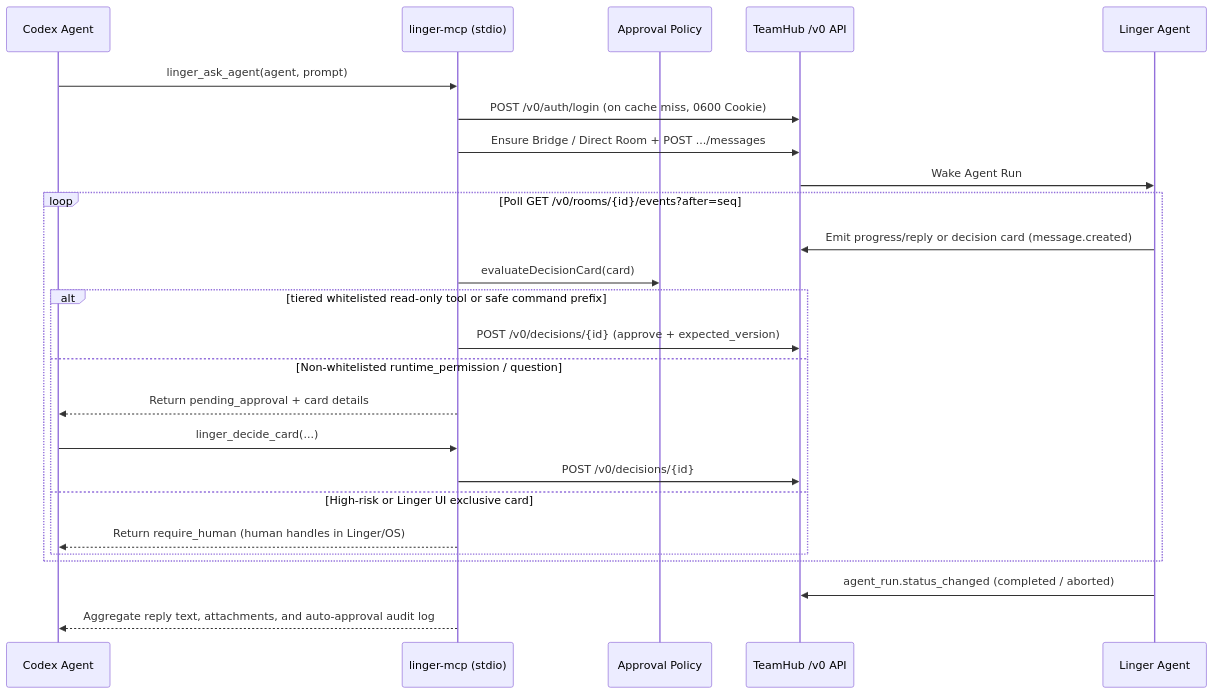
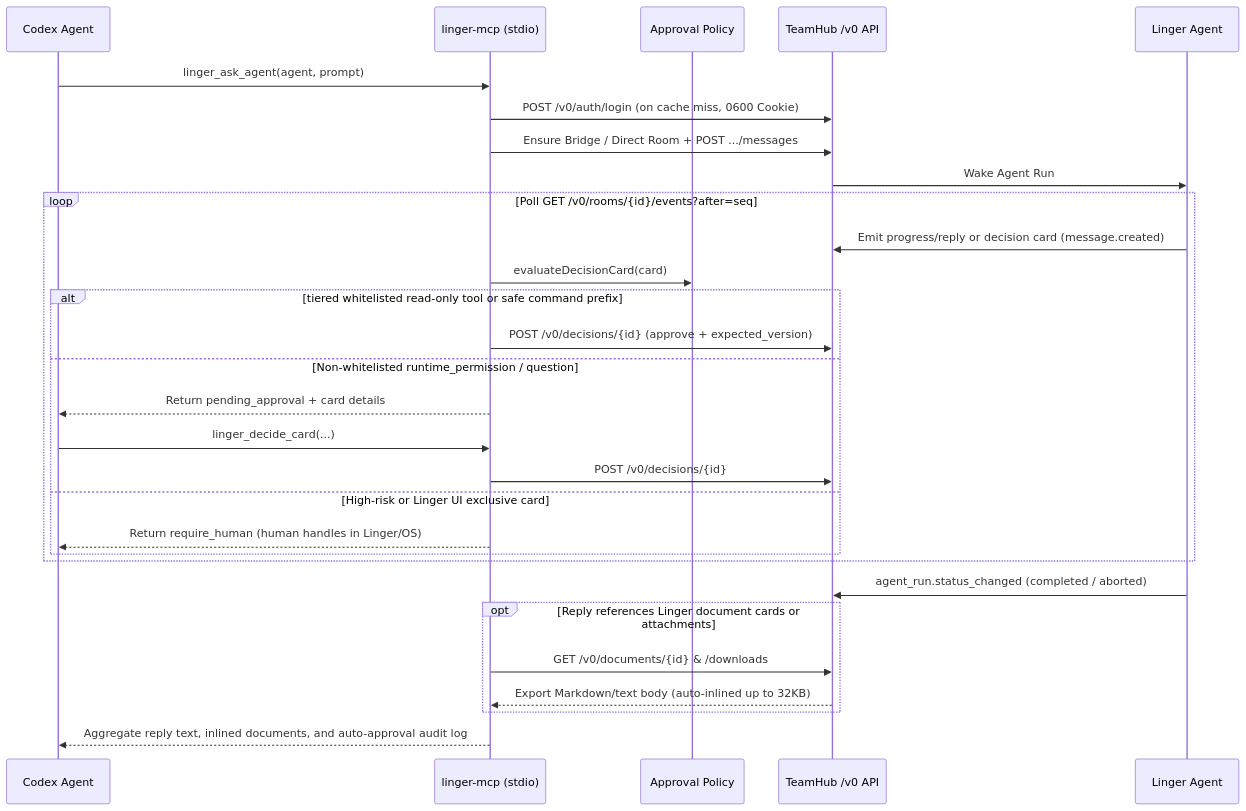
Before and after one commit to Liuji860/linger-mcp: the diagram in README.en.md, drawn with Mermaid. The commit also changed other lines of this file and 5 other files, not shown here.

First line of the commit message:
feat(mcp): expose linger_read_document, followup waiting, and bump to 0.1.1

````diff
--- a/README.en.md
+++ b/README.en.md
@@ -103,28 +103,32 @@
 ```mermaid
 sequenceDiagram
   participant C as Codex Agent
   participant M as linger-mcp (stdio)
   participant P as Approval Policy
   participant T as TeamHub /v0 API
   participant A as Linger Agent
 
   C->>M: linger_ask_agent(agent, prompt)
   M->>T: POST /v0/auth/login (on cache miss, 0600 Cookie)
   M->>T: Ensure Bridge / Direct Room + POST .../messages
   T->>A: Wake Agent Run
   loop Poll GET /v0/rooms/{id}/events?after=seq
     A->>T: Emit progress/reply or decision card (message.created)
     M->>P: evaluateDecisionCard(card)
     alt tiered whitelisted read-only tool or safe command prefix
       M->>T: POST /v0/decisions/{id} (approve + expected_version)
     else Non-whitelisted runtime_permission / question
       M-->>C: Return pending_approval + card details
       C->>M: linger_decide_card(...)
       M->>T: POST /v0/decisions/{id}
     else High-risk or Linger UI exclusive card
       M-->>C: Return require_human (human handles in Linger/OS)
     end
   end
   A->>T: agent_run.status_changed (completed / aborted)
-  M-->>C: Aggregate reply text, attachments, and auto-approval audit log
+  opt Reply references Linger document cards or attachments
+    M->>T: GET /v0/documents/{id} & /downloads
+    T-->>M: Export Markdown/text body (auto-inlined up to 32KB)
+  end
+  M-->>C: Aggregate reply text, inlined documents, and auto-approval audit log
 ```
````
